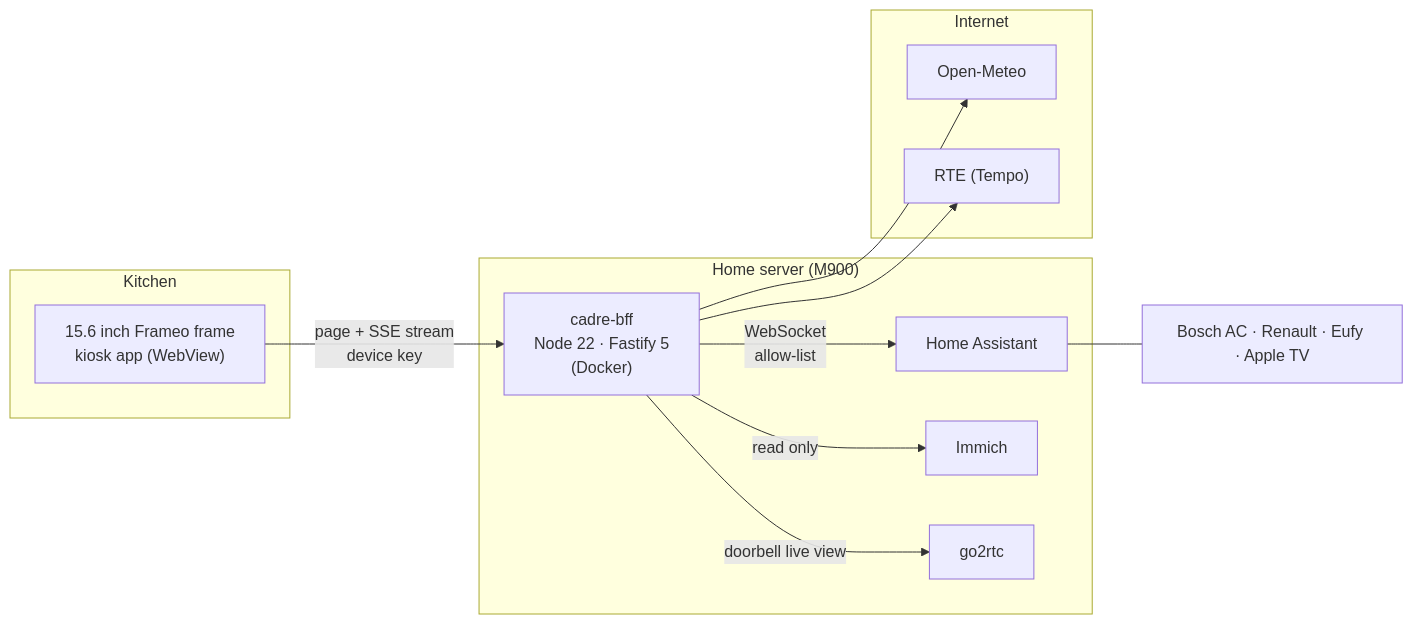
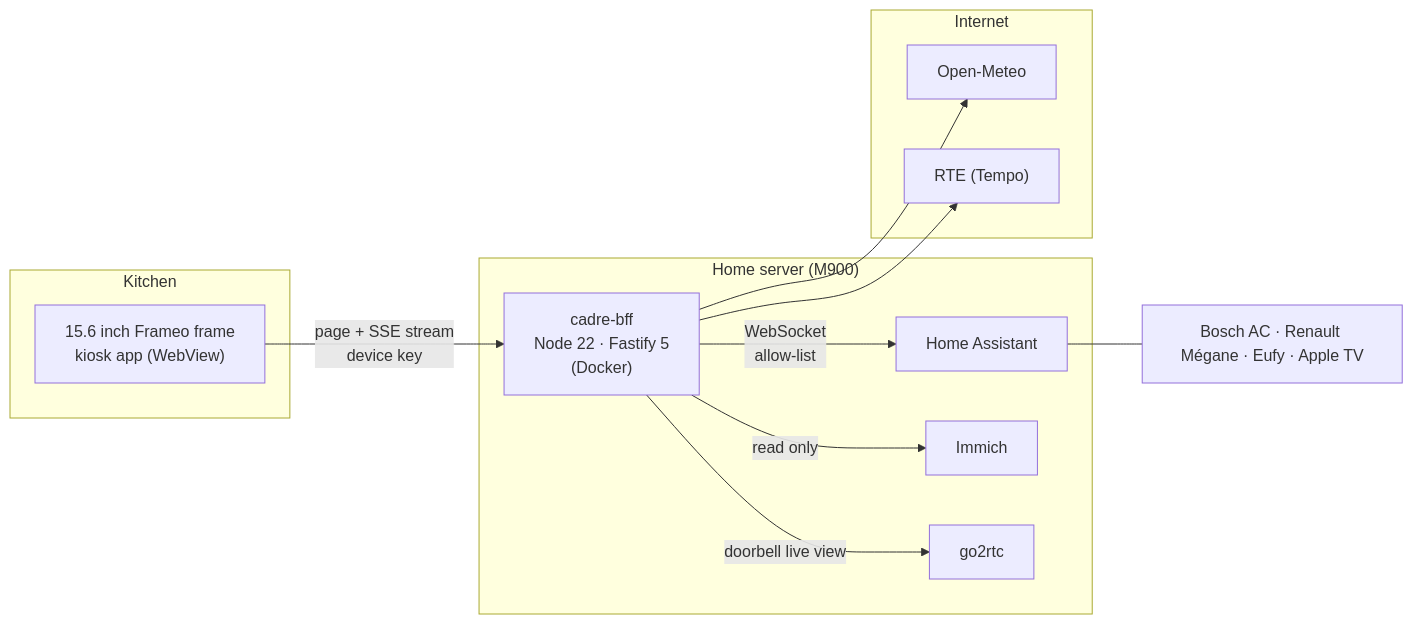
The diagram in README.en.md (thomasarronis-hash/frameo-kitchen-dashboard), drawn with Mermaid before and after one commit. The commit also changed other lines of this file and 17 other files, not shown here.

````diff
--- a/README.en.md
+++ b/README.en.md
@@ -99,23 +112,23 @@
 ```mermaid
 flowchart LR
   subgraph Kitchen
     K["15.6 inch Frameo frame<br/>kiosk app (WebView)"]
   end
   subgraph M900["Home server (M900)"]
     B["cadre-bff<br/>Node 22 · Fastify 5<br/>(Docker)"]
     HA["Home Assistant"]
     IM["Immich"]
     G["go2rtc"]
   end
   subgraph Internet
     OM["Open-Meteo"]
     RTE["RTE (Tempo)"]
   end
   K -- "page + SSE stream<br/>device key" --> B
   B -- "WebSocket<br/>allow-list" --> HA
   B -- "read only" --> IM
   B -- "doorbell live view" --> G
   B --> OM
   B --> RTE
-  HA --- C["Bosch AC · Renault · Eufy · Apple TV"]
+  HA --- C["Bosch AC · Renault Mégane · Eufy · Apple TV"]
 ```
````
